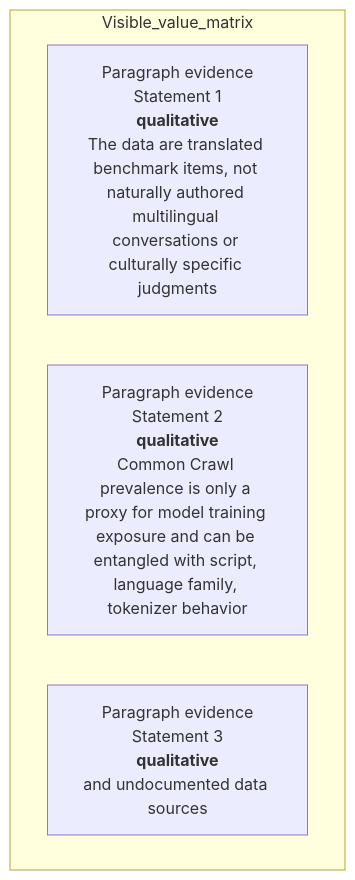
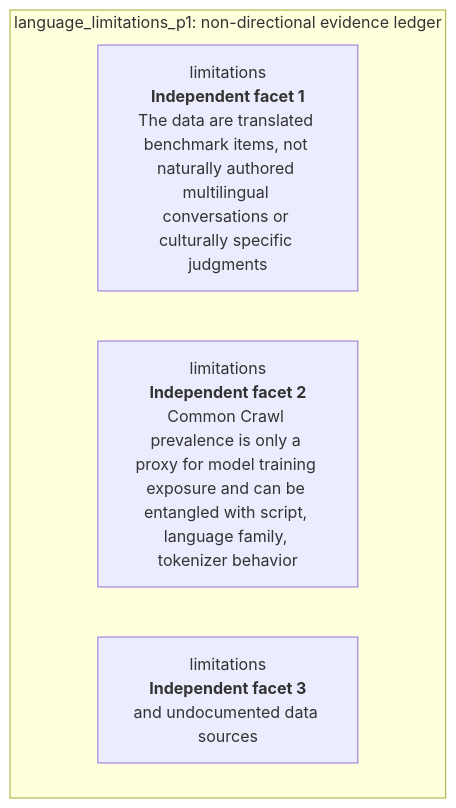
Before and after one commit to Betancourt1/paper_atlas: diagram 38 of 48 in docs/visual-manifests/VISUAL_MANIFEST_LLM_EVALUATORS_LANGUAGES.md, drawn with Mermaid. The commit also changed other lines of this file and 7 other files, not shown here.

````diff
--- a/docs/visual-manifests/VISUAL_MANIFEST_LLM_EVALUATORS_LANGUAGES.md
+++ b/docs/visual-manifests/VISUAL_MANIFEST_LLM_EVALUATORS_LANGUAGES.md
@@ -3246,8 +3245,8 @@
 ```mermaid
 flowchart TB
-  subgraph Visible_value_matrix
-    r1["Paragraph evidence<br/>Statement 1<br/><b>qualitative</b><br/>The data are translated benchmark items, not naturally authored multilingual conversations or culturally specific judgments"]
-    r2["Paragraph evidence<br/>Statement 2<br/><b>qualitative</b><br/>Common Crawl prevalence is only a proxy for model training exposure and can be entangled with script, language family, tokenizer behavior"]
-    r3["Paragraph evidence<br/>Statement 3<br/><b>qualitative</b><br/>and undocumented data sources"]
+  subgraph Ledger["language_limitations_p1: non-directional evidence ledger"]
+    r1["limitations<br/><b>Independent facet 1</b><br/>The data are translated benchmark items, not naturally authored multilingual conversations or culturally specific judgments"]
+    r2["limitations<br/><b>Independent facet 2</b><br/>Common Crawl prevalence is only a proxy for model training exposure and can be entangled with script, language family, tokenizer behavior"]
+    r3["limitations<br/><b>Independent facet 3</b><br/>and undocumented data sources"]
   end
 ```
````
